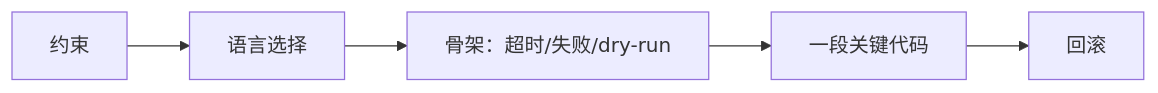
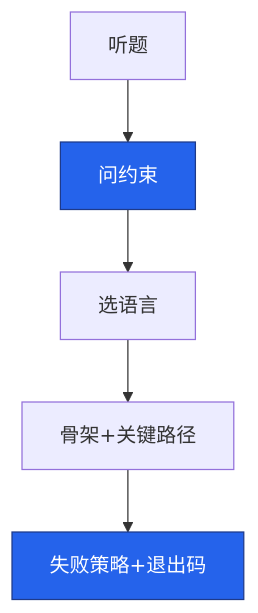
One commit to ml-cuizijun/LearnToLilith changed the fourth of 4 diagrams in 06-开发能力/04-运维开发实战题/练习题.md. Above: the diagram before and after it, drawn with Mermaid. The commit also changed other lines of this file and 213 other files, not shown here.

````diff
--- a/06-开发能力/04-运维开发实战题/练习题.md
+++ b/06-开发能力/04-运维开发实战题/练习题.md
@@ -413,7 +386,6 @@
 ```mermaid
-flowchart LR
-    A[约束] --> B[语言选择]
-    B --> C[骨架：超时/失败/dry-run]
-    C --> D[一段关键代码]
-    D --> E[回滚]
+flowchart TB
+    A[听题] --> B[问约束] --> C[选语言] --> D[骨架+关键路径] --> E[失败策略+退出码]
+    classDef core fill:#2563EB,stroke:#1E3A8A,color:#fff
+    class B,E core
 ```
````
